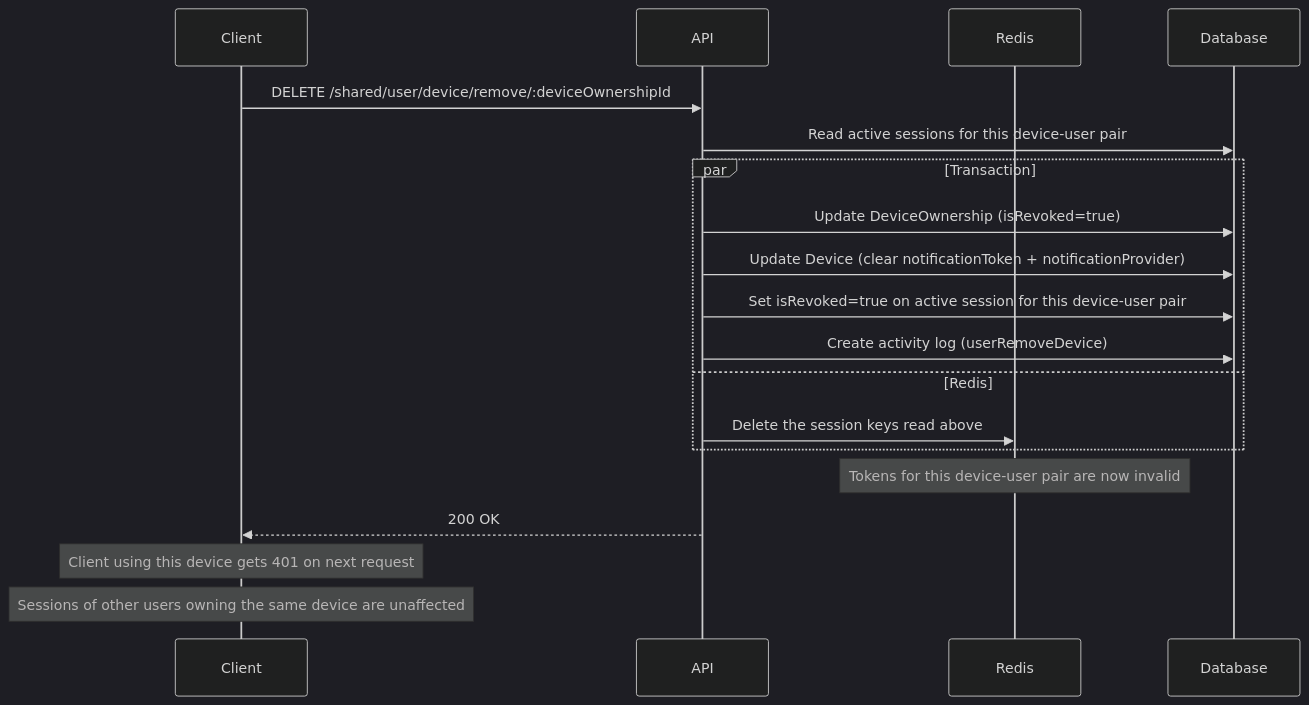
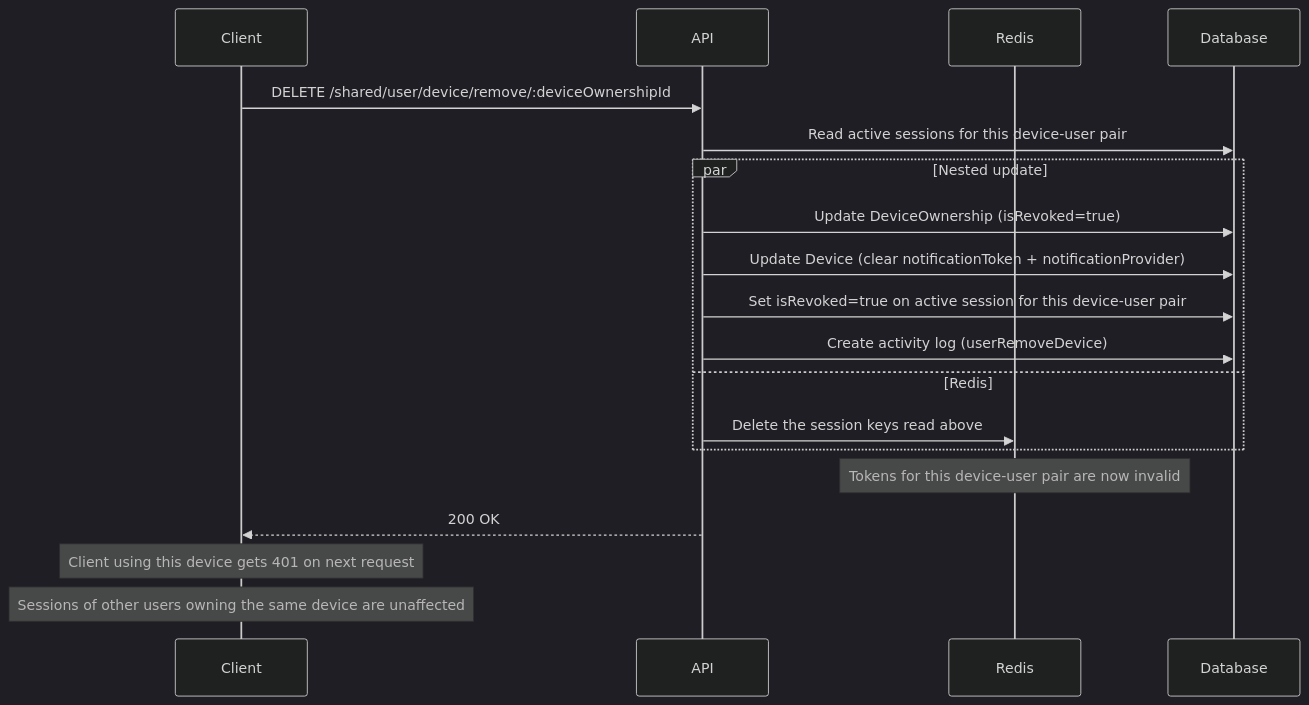
Before and after one commit to andrechristikan/ack-nestjs-boilerplate: the diagram in docs/device.md, drawn with Mermaid (dark theme). The commit also changed other lines of this file and 92 other files, not shown here.

````diff
--- a/docs/device.md
+++ b/docs/device.md
@@ -98,22 +106,22 @@
 ```mermaid
 sequenceDiagram
     participant Client
     participant API
     participant Redis
     participant Database
 
     Client->>API: DELETE /shared/user/device/remove/:deviceOwnershipId
     API->>Database: Read active sessions for this device-user pair
-    par Transaction
+    par Nested update
         API->>Database: Update DeviceOwnership (isRevoked=true)
         API->>Database: Update Device (clear notificationToken + notificationProvider)
         API->>Database: Set isRevoked=true on active session for this device-user pair
         API->>Database: Create activity log (userRemoveDevice)
     and Redis
         API->>Redis: Delete the session keys read above
     end
     Note over Redis: Tokens for this device-user pair are now invalid
     API-->>Client: 200 OK
     Note over Client: Client using this device gets 401 on next request
     Note over Client: Sessions of other users owning the same device are unaffected
 ```
````
